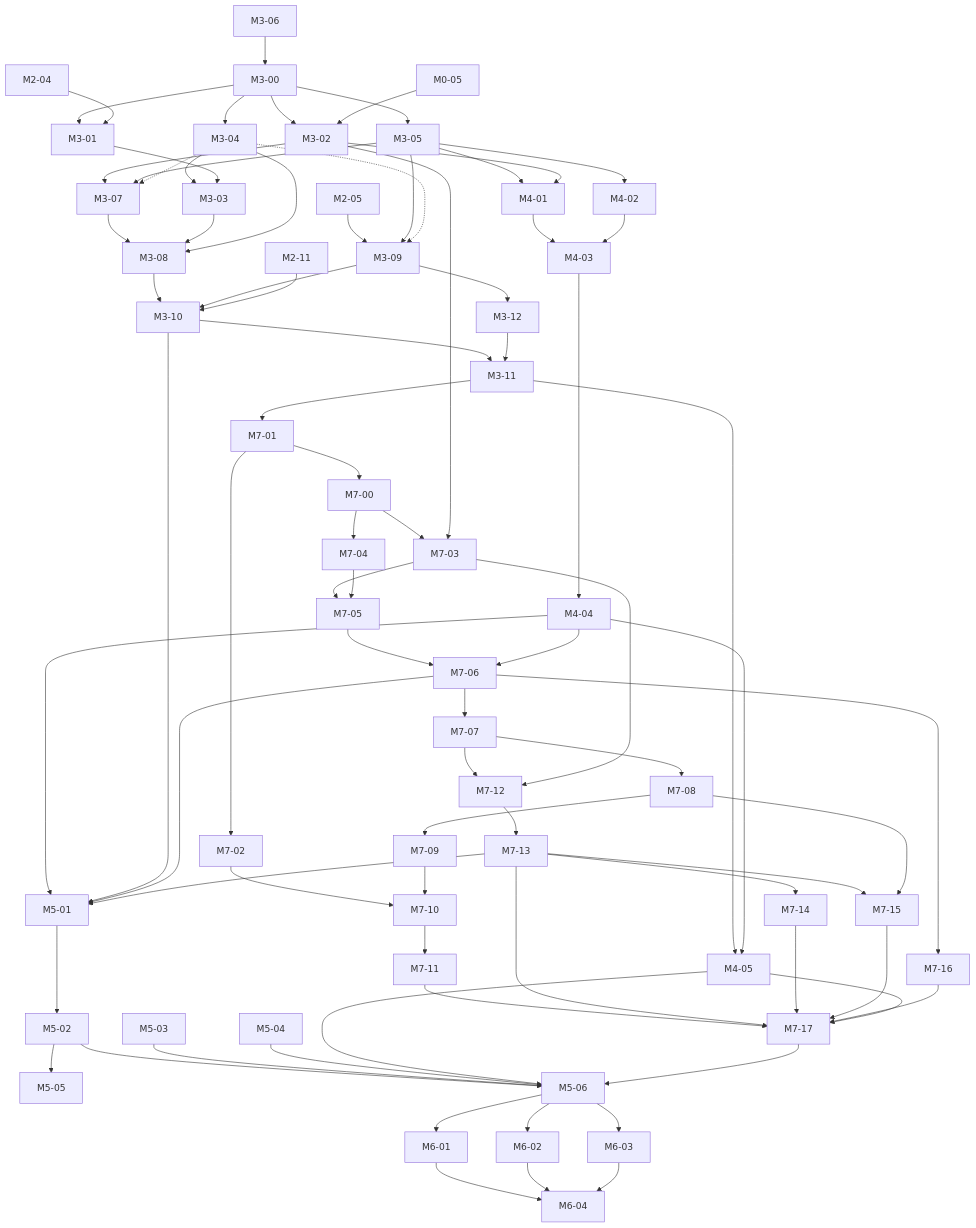
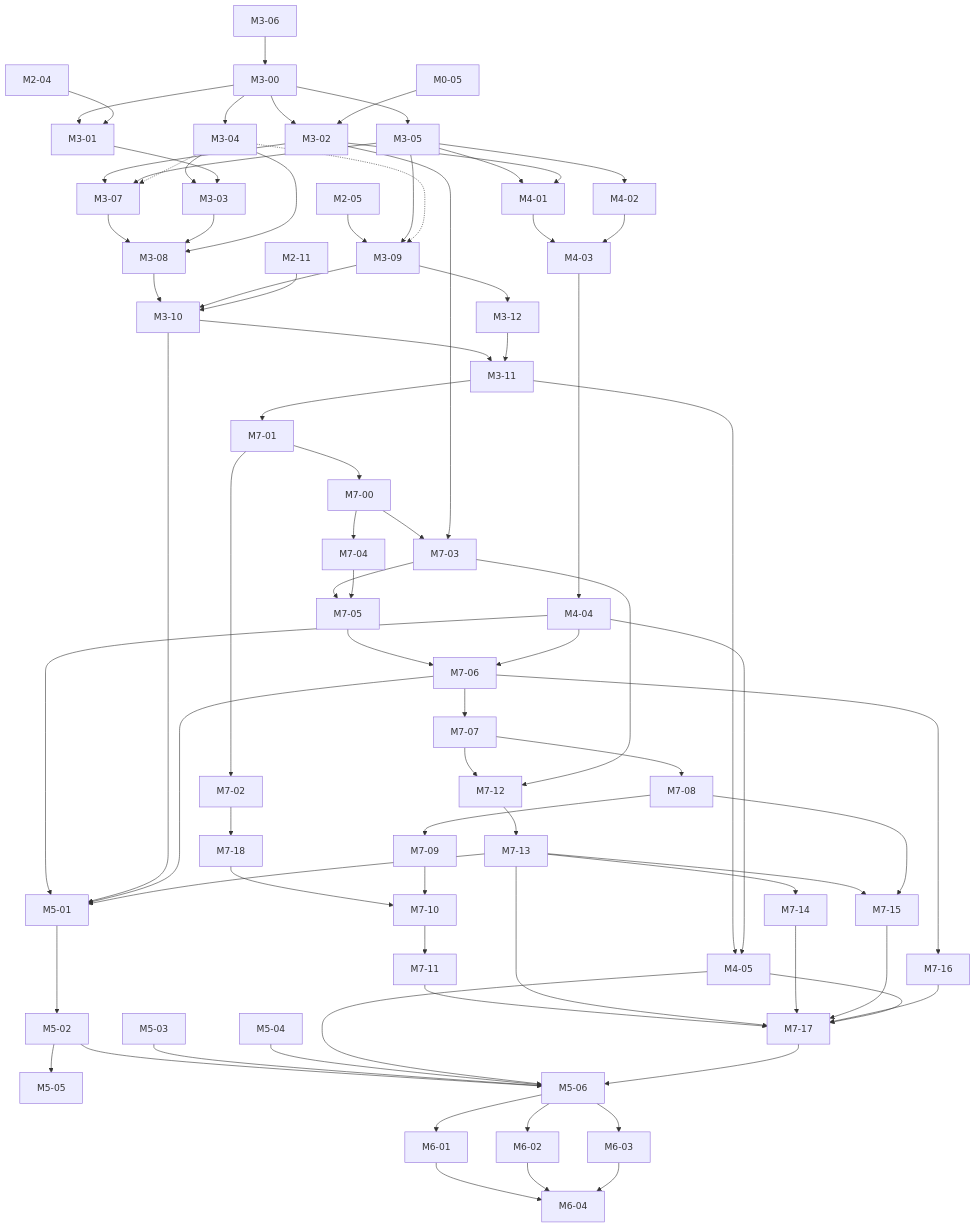
Before and after one commit to Mohammad-Aminazadeh/brain-3d-reconstruction: the diagram in tasks/BACKLOG.md, drawn with Mermaid. The commit also changed other lines of this file and 13 other files, not shown here.

````diff
--- a/tasks/BACKLOG.md
+++ b/tasks/BACKLOG.md
@@ -107,60 +108,60 @@
 ```mermaid
 flowchart TD
     M3-06 --> M3-00
     M3-00 --> M3-01 & M3-02 & M3-05
     M2-04 --> M3-01
     M3-00 --> M3-04 --> M3-03
     M3-01 --> M3-03
     M0-05 --> M3-02
     M3-02 --> M3-07
     M3-05 --> M3-07
     M3-04 -.-> M3-07
     M3-07 --> M3-08
     M3-03 --> M3-08
     M3-04 --> M3-08
     M2-05 --> M3-09
     M3-05 --> M3-09
     M3-04 -.-> M3-09
     M3-08 --> M3-10
     M3-09 --> M3-10
     M2-11 --> M3-10
     M3-09 --> M3-12
     M3-10 --> M3-11
     M3-12 --> M3-11
     M3-05 --> M4-01
     M3-02 --> M4-01
     M3-05 --> M4-02
     M4-01 --> M4-03
     M4-02 --> M4-03 --> M4-04
     M3-11 --> M4-05
     M4-04 --> M4-05
     M4-04 --> M5-01
     M3-10 --> M5-01
     M5-01 --> M5-02
     M5-02 --> M5-05
     M5-02 --> M5-06
     M5-03 --> M5-06
     M5-04 --> M5-06
     M4-05 --> M5-06
     M5-06 --> M6-01 & M6-02 & M6-03 --> M6-04
     M3-11 --> M7-01
     M7-01 --> M7-00 & M7-02
     M7-00 --> M7-03 & M7-04
     M3-02 --> M7-03
     M7-03 --> M7-05
     M7-04 --> M7-05 --> M7-06 --> M7-07 --> M7-08 --> M7-09
     M4-04 --> M7-06
     M7-07 --> M7-12
     M7-03 --> M7-12 --> M7-13
-    M7-02 --> M7-10
+    M7-02 --> M7-18 --> M7-10
     M7-09 --> M7-10 --> M7-11
     M7-13 --> M7-14
     M7-13 --> M7-15
     M7-08 --> M7-15
     M7-06 --> M7-16
     M7-11 & M7-13 & M7-14 & M7-15 & M7-16 --> M7-17
     M4-05 --> M7-17
     M7-06 --> M5-01
     M7-13 --> M5-01
     M7-17 --> M5-06
 ```
````
